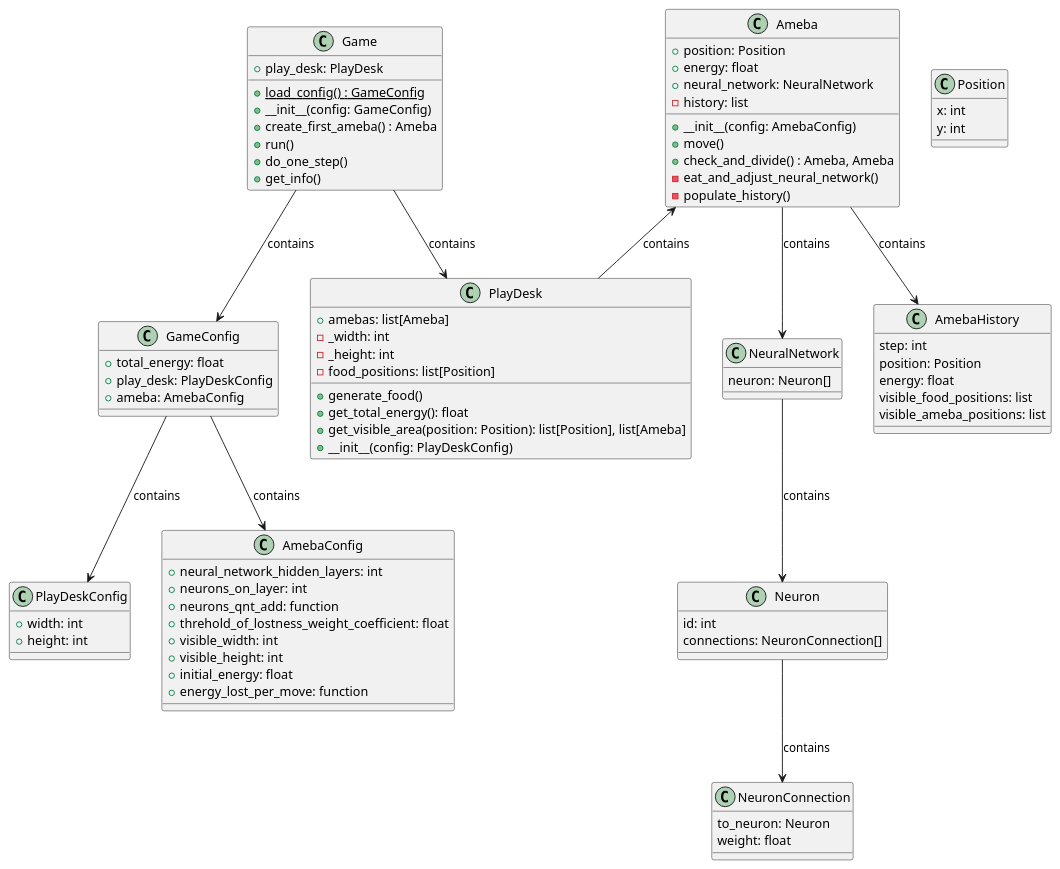
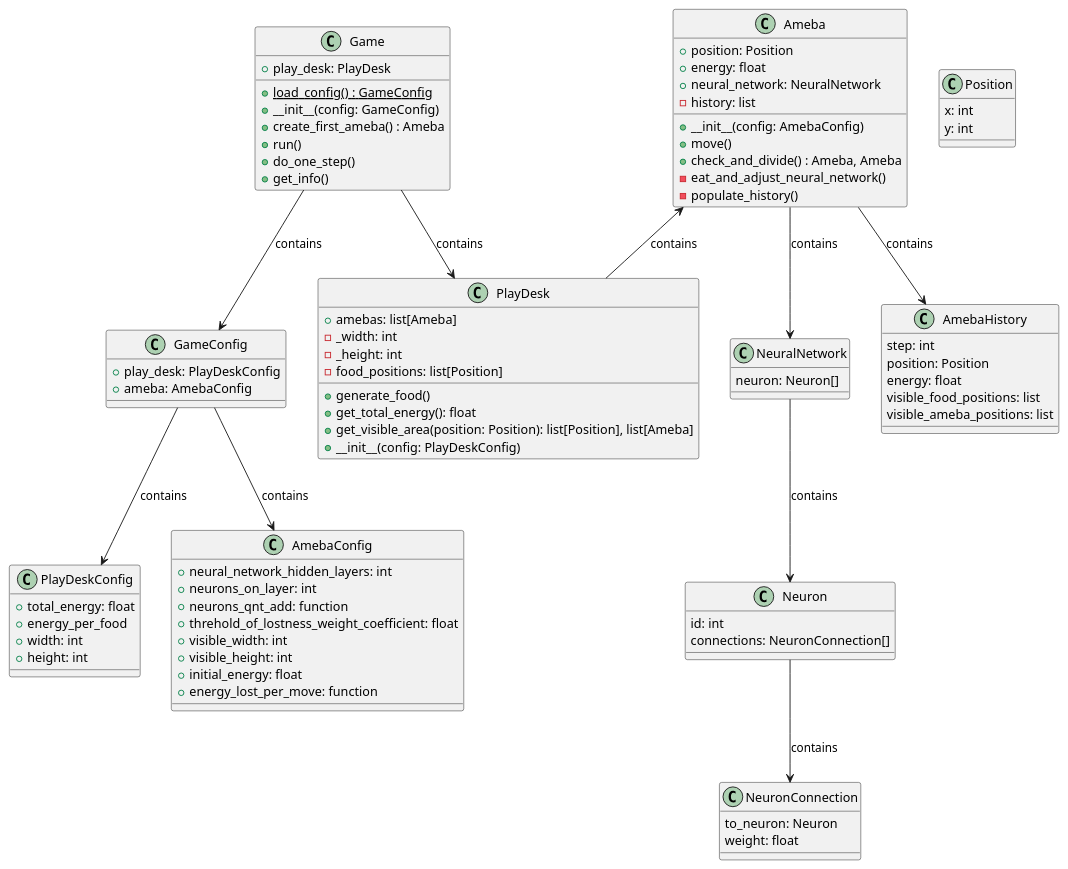
The diagram in uml/classes.puml (leslobov/ameba), drawn with PlantUML before and after one commit. The commit also changed 13 other files, not shown here.

```diff
--- a/uml/classes.puml
+++ b/uml/classes.puml
@@ -1,110 +1,111 @@
 @startuml
 
 
 class PlayDeskConfig {
+    + total_energy: float
+    + energy_per_food
     + width: int
     + height: int
 }
 
 class AmebaConfig {
     + neural_network_hidden_layers: int
     + neurons_on_layer: int
     + neurons_qnt_add: function
     + threhold_of_lostness_weight_coefficient: float
     + visible_width: int
     + visible_height: int
     + initial_energy: float
     + energy_lost_per_move: function
 }
 
 class GameConfig {
-    + total_energy: float
     + play_desk: PlayDeskConfig
     + ameba: AmebaConfig
 
 }
 
 GameConfig --> PlayDeskConfig : contains
 GameConfig --> AmebaConfig : contains
 
 
 class PlayDesk {
     + amebas: list[Ameba]
     - _width: int
     - _height: int
     - food_positions: list[Position]
     + generate_food()
     + get_total_energy(): float
     + get_visible_area(position: Position): list[Position], list[Ameba]
     + __init__(config: PlayDeskConfig)
 }
 
 
 class NeuronConnection {
     to_neuron: Neuron
     weight: float
 }
 
 
 class Neuron {
     id: int
     connections: NeuronConnection[]
 }
 
 
 Neuron --> NeuronConnection : contains
 
 
 class NeuralNetwork {
     neuron: Neuron[]
 }
 
 NeuralNetwork --> Neuron : contains
 
 
 class Position {
     x: int
     y: int
 }
 
 class AmebaHistory {
     step: int
     position: Position
     energy: float
     visible_food_positions: list
     visible_ameba_positions: list
 }
 
 
 class Ameba {
     + position: Position
     + energy: float
     + neural_network: NeuralNetwork
     - history: list
     + __init__(config: AmebaConfig)
     + move()
     + check_and_divide() : Ameba, Ameba
     - eat_and_adjust_neural_network()
     - populate_history()
 }
 
 Ameba --> AmebaHistory : contains
 Ameba --> NeuralNetwork : contains
 Ameba <-- PlayDesk : contains
 
 
 class Game {
     + {static} load_config() : GameConfig
     + play_desk: PlayDesk
     + __init__(config: GameConfig)
     + create_first_ameba() : Ameba
     + run()
     + do_one_step()
     + get_info()
 }
 
 Game --> PlayDesk : contains
 Game --> GameConfig : contains
 
 
 @enduml
```
